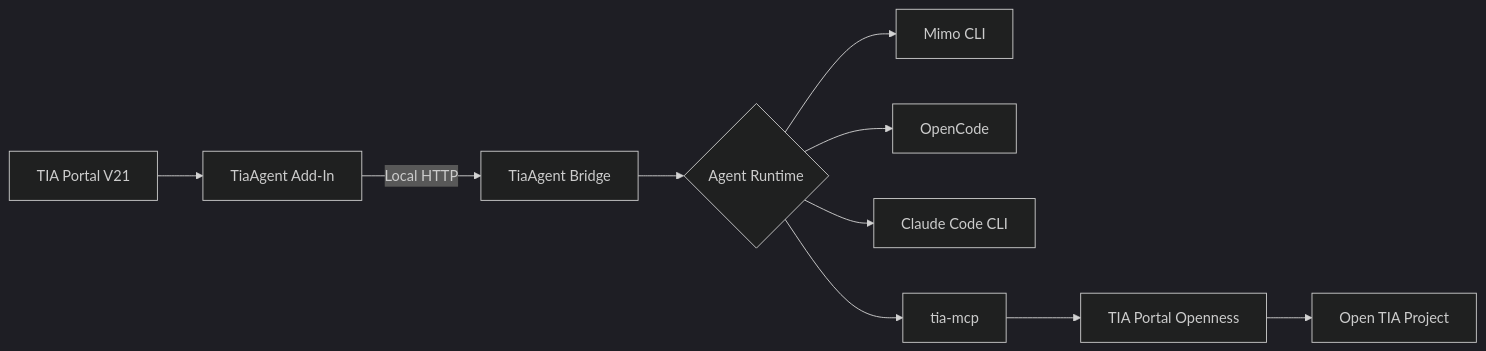
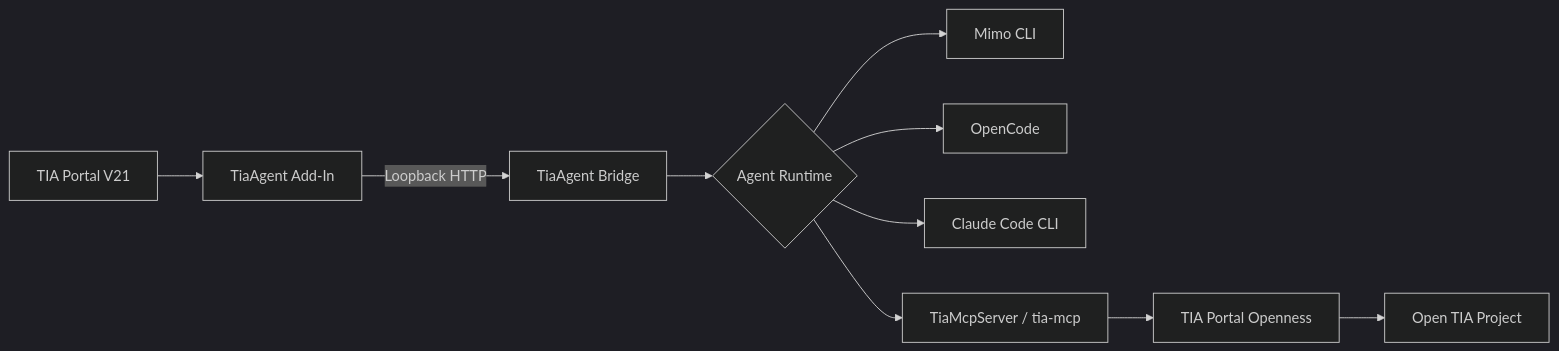
Before and after one commit to industrix-com-br/tia-portal-code-agent: the diagram in README.md, drawn with Mermaid (dark theme). The commit also changed other lines of this file and 30 other files, not shown here.

````diff
--- a/README.md
+++ b/README.md
@@ -26,12 +25,12 @@
 ```mermaid
 flowchart LR
     TIA[TIA Portal V21] --> ADDIN[TiaAgent Add-In]
-    ADDIN -->|Local HTTP| BRIDGE[TiaAgent Bridge]
+    ADDIN -->|Loopback HTTP| BRIDGE[TiaAgent Bridge]
     BRIDGE --> RUNTIME{Agent Runtime}
     RUNTIME --> MIMO[Mimo CLI]
     RUNTIME --> OPENCODE[OpenCode]
     RUNTIME --> CLAUDE[Claude Code CLI]
-    RUNTIME --> MCP[tia-mcp]
+    RUNTIME --> MCP[TiaMcpServer / tia-mcp]
     MCP --> OPENNESS[TIA Portal Openness]
     OPENNESS --> PROJECT[Open TIA Project]
 ```
````
